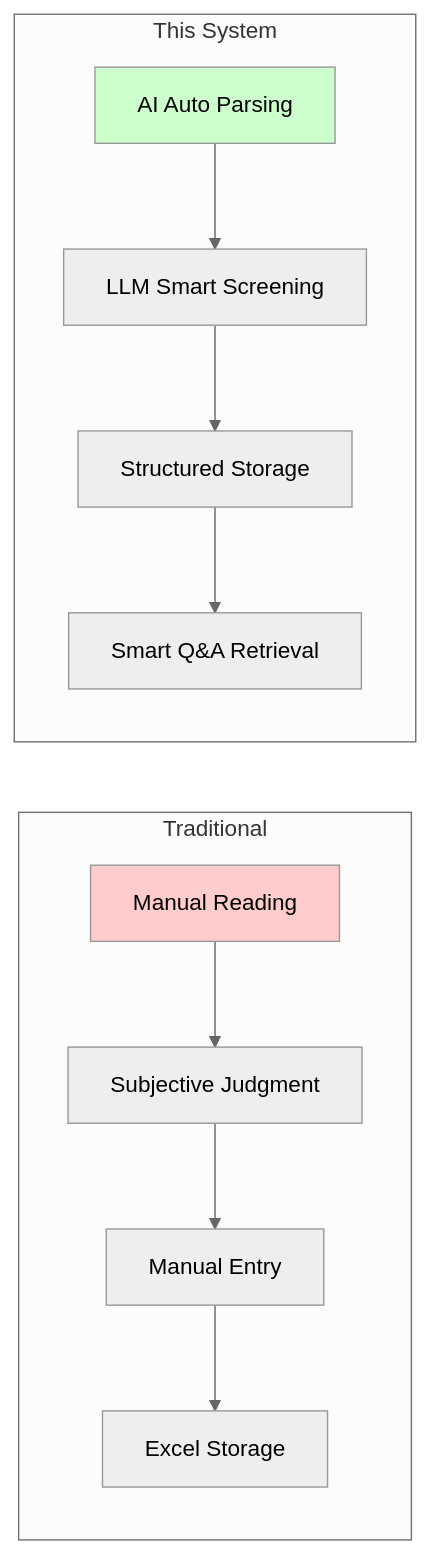
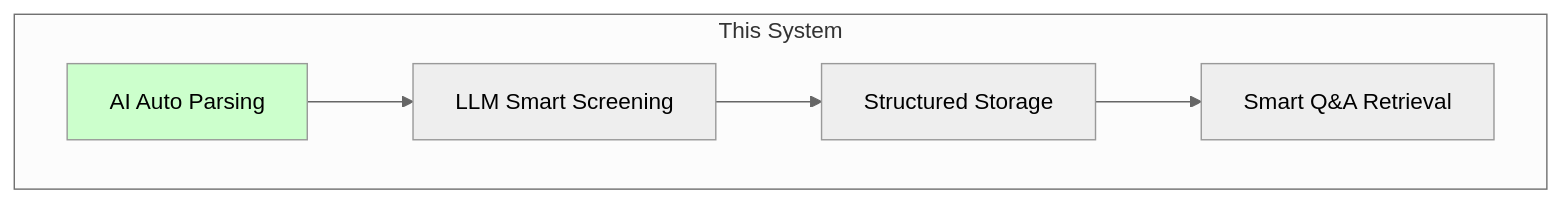
Before and after one commit to xt765/ResumeScreening: the second of 7 diagrams in README.md, drawn with Mermaid (neutral theme). The commit also changed 1 other file, not shown here.

Commit message:
docs: 优化传统方式与本系统对比图表布局，拆分为独立代码块实现并排显示

````diff
--- a/README.md
+++ b/README.md
@@ -41,17 +50,9 @@
 ```mermaid
-graph LR
-    subgraph Traditional
-        A1[Manual Reading] --> A2[Subjective Judgment]
-        A2 --> A3[Manual Entry]
-        A3 --> A4[Excel Storage]
-    end
-    
+graph TB
     subgraph This System
         B1[AI Auto Parsing] --> B2[LLM Smart Screening]
         B2 --> B3[Structured Storage]
         B3 --> B4[Smart Q&A Retrieval]
     end
-    
-    style A1 fill:#ffcccc
     style B1 fill:#ccffcc
 ```
````
